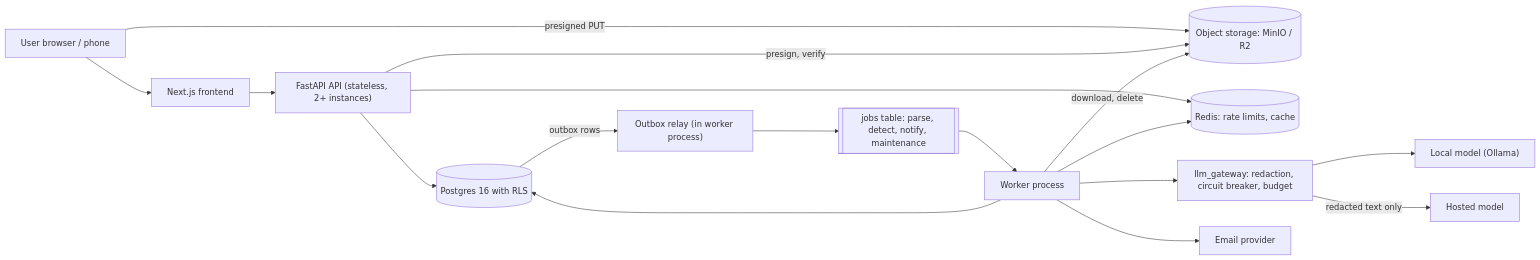
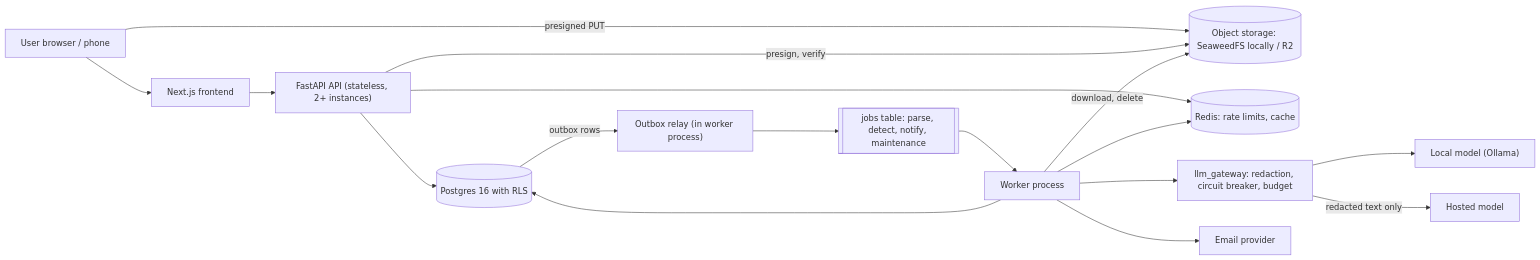
One commit to HARDIK-WEB-OSS/vapas changed the first of 2 diagrams in docs/system_design.md. Above: the diagram before and after it, drawn with Mermaid. The commit also changed 70 other files, not shown here.

````diff
--- a/docs/system_design.md
+++ b/docs/system_design.md
@@ -173,19 +173,19 @@
 ```mermaid
 flowchart LR
   U["User browser / phone"] --> FE["Next.js frontend"]
   FE --> API["FastAPI API (stateless, 2+ instances)"]
-  U -- "presigned PUT" --> OS[("Object storage: MinIO / R2")]
+  U -- "presigned PUT" --> OS[("Object storage: SeaweedFS locally / R2")]
   API -- "presign, verify" --> OS
   API --> PG[("Postgres 16 with RLS")]
   API --> RD[("Redis: rate limits, cache")]
   PG -- "outbox rows" --> RELAY["Outbox relay (in worker process)"]
   RELAY --> Q[["jobs table: parse, detect, notify, maintenance"]]
   Q --> W["Worker process"]
   W -- "download, delete" --> OS
   W --> PG
   W --> GW["llm_gateway: redaction, circuit breaker, budget"]
   GW --> LM["Local model (Ollama)"]
   GW -- "redacted text only" --> HM["Hosted model"]
   W --> EM["Email provider"]
   W --> RD
 ```
````
